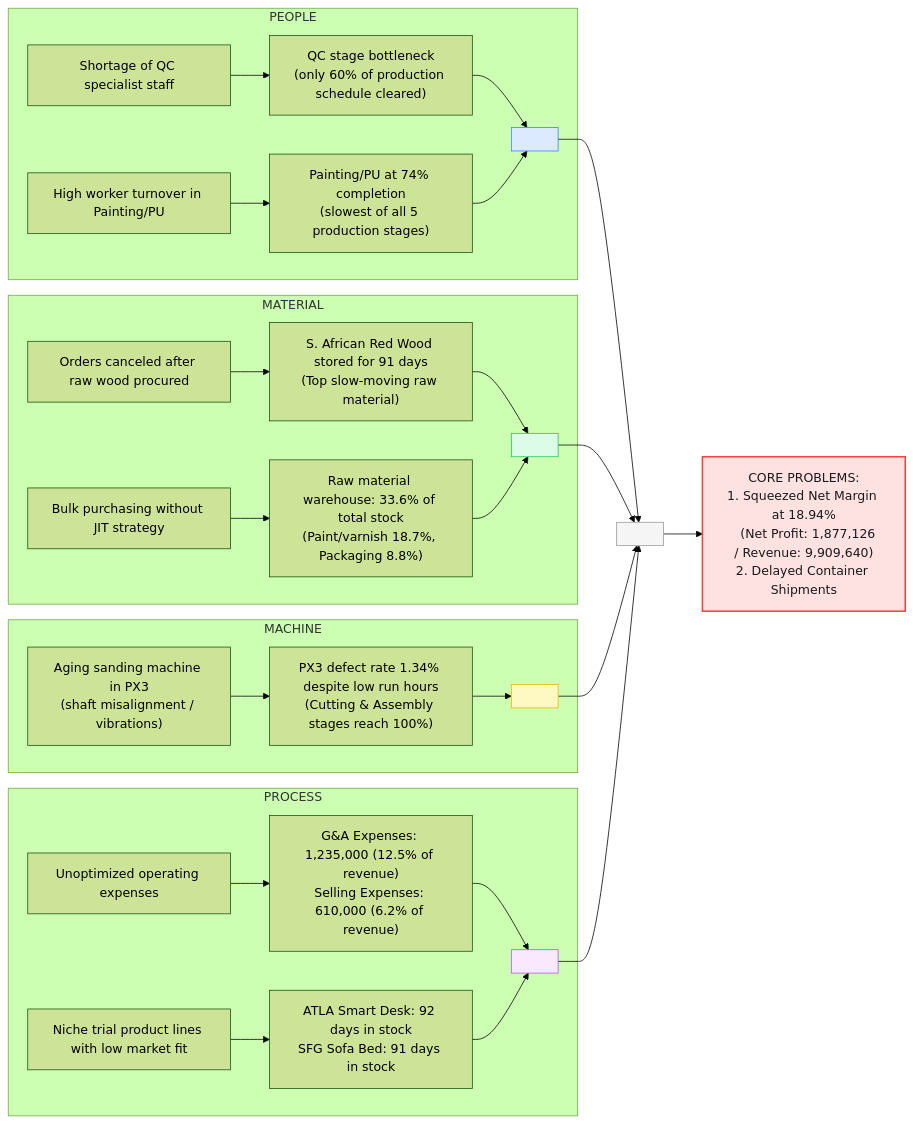
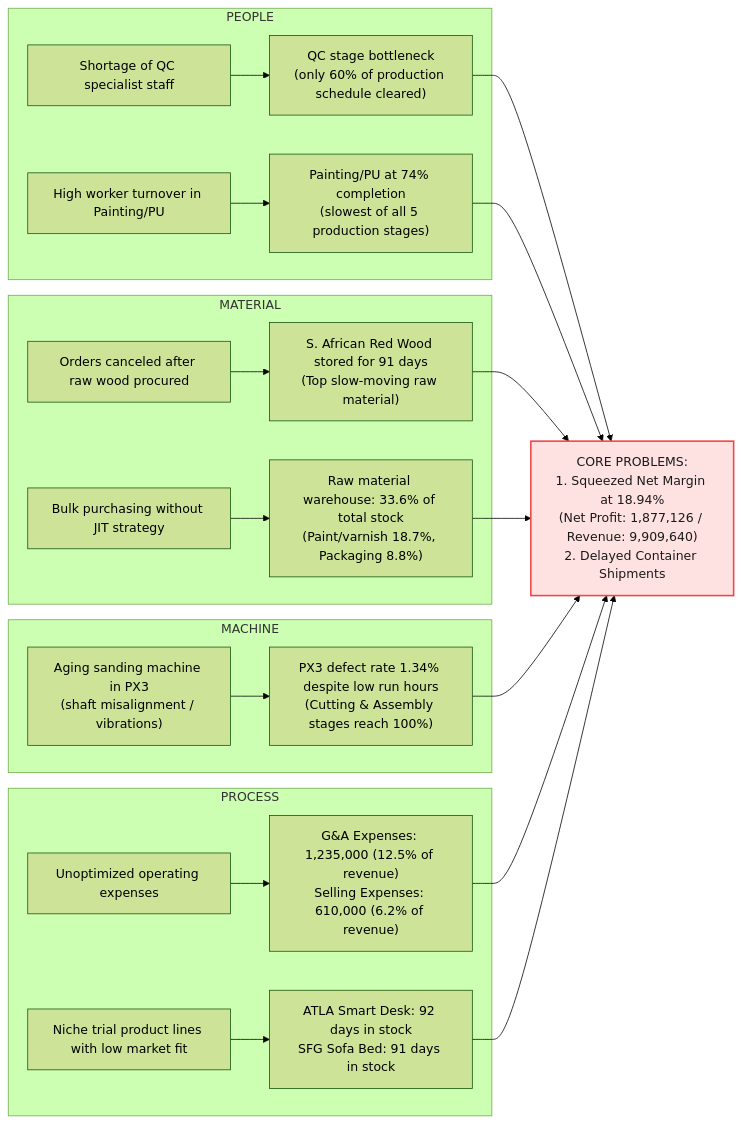
One commit to BachNguyen2kx/verp-dashboard changed the first of 2 diagrams in README.md. Above: the diagram before and after it, drawn with Mermaid (forest theme). The commit also changed 1 other file, not shown here.

Commit message:
fix: remove empty junction nodes from fishbone diagram (were rendering as blank colored boxes)

````diff
--- a/README.md
+++ b/README.md
@@ -89,42 +89,33 @@
 ```mermaid
 graph LR
     subgraph PEOPLE ["PEOPLE"]
         P1["Shortage of QC specialist staff"] --> P1_Detail["QC stage bottleneck<br>(only 60% of production schedule cleared)"]
         P2["High worker turnover in Painting/PU"] --> P2_Detail["Painting/PU at 74% completion<br>(slowest of all 5 production stages)"]
-        P1_Detail --> Cause_People[" "]
-        P2_Detail --> Cause_People
     end
 
     subgraph MATERIAL ["MATERIAL"]
         M1["Orders canceled after raw wood procured"] --> M1_Detail["S. African Red Wood stored for 91 days<br>(Top slow-moving raw material)"]
         M2["Bulk purchasing without JIT strategy"] --> M2_Detail["Raw material warehouse: 33.6% of total stock<br>(Paint/varnish 18.7%, Packaging 8.8%)"]
-        M1_Detail --> Cause_Material[" "]
-        M2_Detail --> Cause_Material
     end
 
     subgraph MACHINE ["MACHINE"]
         MC1["Aging sanding machine in PX3<br>(shaft misalignment / vibrations)"] --> MC1_Detail["PX3 defect rate 1.34% despite low run hours<br>(Cutting & Assembly stages reach 100%)"]
-        MC1_Detail --> Cause_Machine[" "]
     end
 
     subgraph PROCESS ["PROCESS"]
         PR1["Unoptimized operating expenses"] --> PR1_Detail["G&A Expenses: 1,235,000 (12.5% of revenue)<br>Selling Expenses: 610,000 (6.2% of revenue)"]
         PR2["Niche trial product lines with low market fit"] --> PR2_Detail["ATLA Smart Desk: 92 days in stock<br>SFG Sofa Bed: 91 days in stock"]
-        PR1_Detail --> Cause_Process[" "]
-        PR2_Detail --> Cause_Process
     end
 
-    Cause_People --> Backbone[" "]
-    Cause_Material --> Backbone
-    Cause_Machine --> Backbone
-    Cause_Process --> Backbone
+    P1_Detail --> Problem
+    P2_Detail --> Problem
+    M1_Detail --> Problem
+    M2_Detail --> Problem
+    MC1_Detail --> Problem
+    PR1_Detail --> Problem
+    PR2_Detail --> Problem
 
-    Backbone --> Problem["CORE PROBLEMS:<br>1. Squeezed Net Margin at 18.94%<br>   (Net Profit: 1,877,126 / Revenue: 9,909,640)<br>2. Delayed Container Shipments"]
+    Problem["CORE PROBLEMS:<br>1. Squeezed Net Margin at 18.94%<br>(Net Profit: 1,877,126 / Revenue: 9,909,640)<br>2. Delayed Container Shipments"]
 
     style Problem fill:#fee2e2,stroke:#ef4444,stroke-width:2px,color:#1a1a1a;
-    style Backbone fill:#f5f5f5,stroke:#999,color:#f5f5f5;
-    style Cause_People fill:#dbeafe,stroke:#3b82f6,color:#dbeafe;
-    style Cause_Material fill:#dcfce7,stroke:#22c55e,color:#dcfce7;
-    style Cause_Machine fill:#fef9c3,stroke:#eab308,color:#fef9c3;
-    style Cause_Process fill:#fae8ff,stroke:#a855f7,color:#fae8ff;
 ```
````
